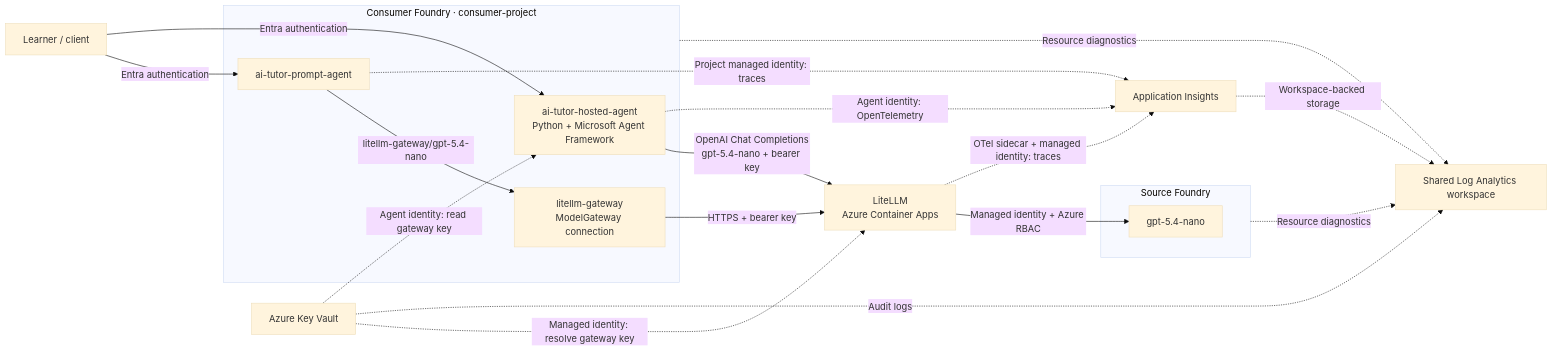
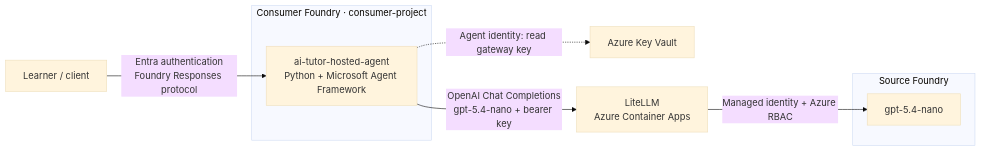
The second of 2 diagrams in README.md (ikhemissi/foundry-agents-with-litellm-gateway), drawn with Mermaid (base theme) before and after one commit. The commit also changed other lines of this file, not shown here.

First line of the commit message:
docs: clarify Foundry and LiteLLM integration paths

````diff
--- a/README.md
+++ b/README.md
@@ -12,31 +51,16 @@
 ```mermaid
 flowchart LR
     User["Learner / client"]
     subgraph Consumer["Consumer Foundry · consumer-project"]
-        Tutor["ai-tutor-prompt-agent"]
         Hosted["ai-tutor-hosted-agent<br/>Python + Microsoft Agent Framework"]
-        Connection["litellm-gateway<br/>ModelGateway connection"]
-        Tutor -->|"litellm-gateway/gpt-5.4-nano"| Connection
     end
+    Vault["Azure Key Vault"]
     Gateway["LiteLLM<br/>Azure Container Apps"]
-    Vault["Azure Key Vault"]
     subgraph Source["Source Foundry"]
         Model["gpt-5.4-nano"]
     end
-    User -->|"Entra authentication"| Tutor
-    User -->|"Entra authentication"| Hosted
-    Connection -->|"HTTPS + bearer key"| Gateway
+    User -->|"Entra authentication<br/>Foundry Responses protocol"| Hosted
+    Hosted -.->|"Agent identity: read gateway key"| Vault
     Hosted -->|"OpenAI Chat Completions<br/>gpt-5.4-nano + bearer key"| Gateway
-    Vault -.->|"Agent identity: read gateway key"| Hosted
-    Vault -.->|"Managed identity: resolve gateway key"| Gateway
     Gateway -->|"Managed identity + Azure RBAC"| Model
-    Insights["Application Insights"]
-    Workspace["Shared Log Analytics workspace"]
-    Tutor -.->|"Project managed identity: traces"| Insights
-    Hosted -.->|"Agent identity: OpenTelemetry"| Insights
-    Gateway -.->|"OTel sidecar + managed identity: traces"| Insights
-    Insights -.->|"Workspace-backed storage"| Workspace
-    Consumer -.->|"Resource diagnostics"| Workspace
-    Source -.->|"Resource diagnostics"| Workspace
-    Vault -.->|"Audit logs"| Workspace
 ```
````
